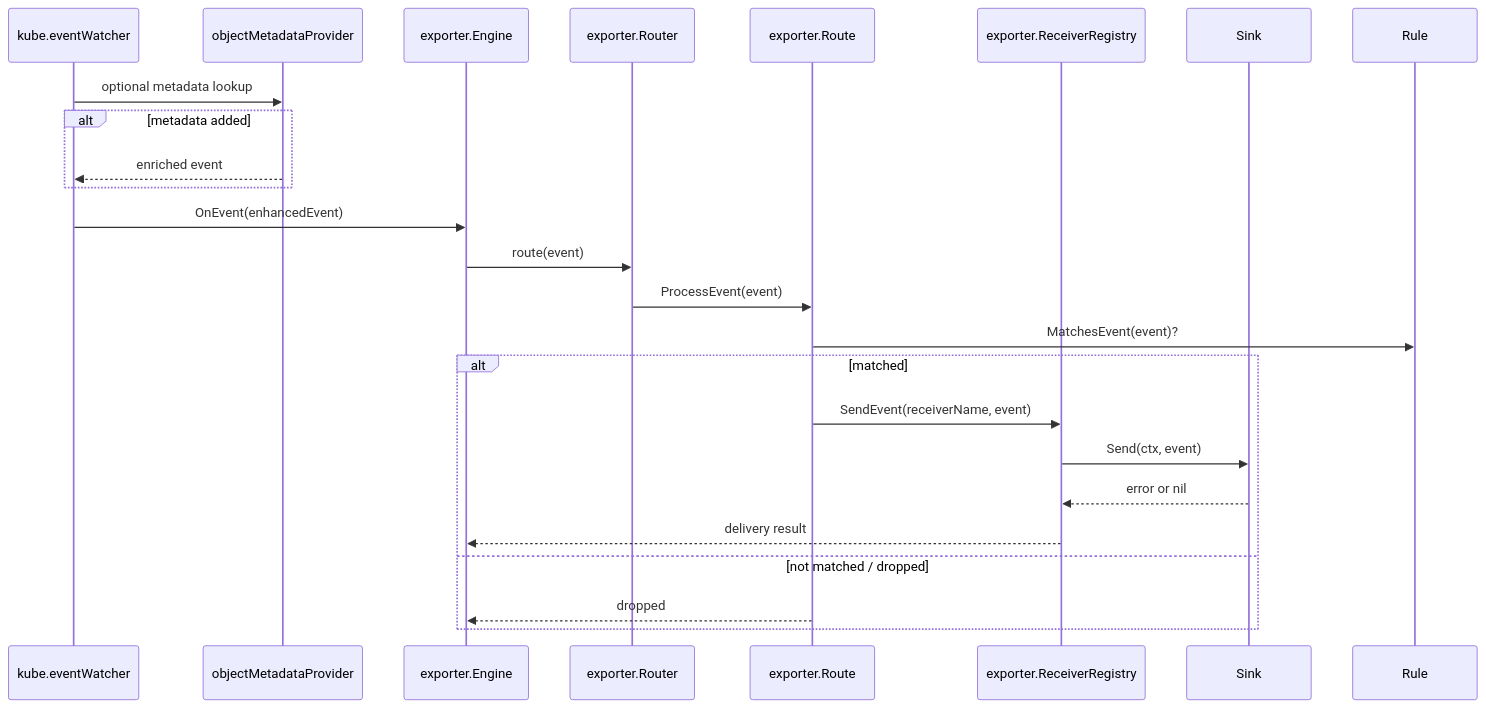
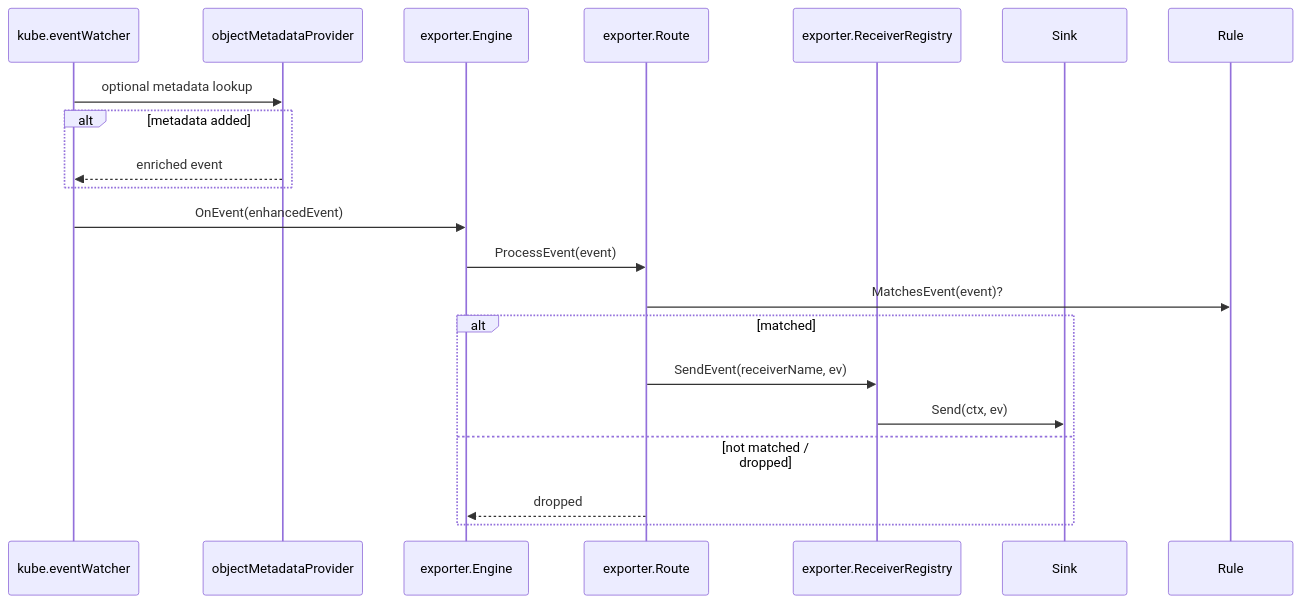
Before and after one commit to DavidHernandez21/kubernetes-event-exporter: the second of 2 diagrams in docs/contracts.md, drawn with Mermaid. The commit also changed other lines of this file and 1 other file, not shown here.

Commit message:
Fixes from copilot review

````diff
--- a/docs/contracts.md
+++ b/docs/contracts.md
@@ -40,27 +40,23 @@
 ```mermaid
 sequenceDiagram
 participant Watcher as kube.eventWatcher
 participant Lookup as objectMetadataProvider
 participant Engine as exporter.Engine
-participant Router as exporter.Router
 participant Route as exporter.Route
 participant Registry as exporter.ReceiverRegistry
 participant Sink as Sink
 
 Watcher->>Lookup: optional metadata lookup
 alt metadata added
 Lookup-->>Watcher: enriched event
 end
 Watcher->>Engine: OnEvent(enhancedEvent)
-Engine->>Router: route(event)
-Router->>Route: ProcessEvent(event)
+Engine->>Route: ProcessEvent(event)
 Route->>Rule: MatchesEvent(event)?
 alt matched
-Route->>Registry: SendEvent(receiverName, event)
-Registry->>Sink: Send(ctx, event)
-Sink-->>Registry: error or nil
-Registry-->>Engine: delivery result
+Route->>Registry: SendEvent(receiverName, ev)
+Registry->>Sink: Send(ctx, ev)
 else not matched / dropped
 Route-->>Engine: dropped
 end
 ```
````
